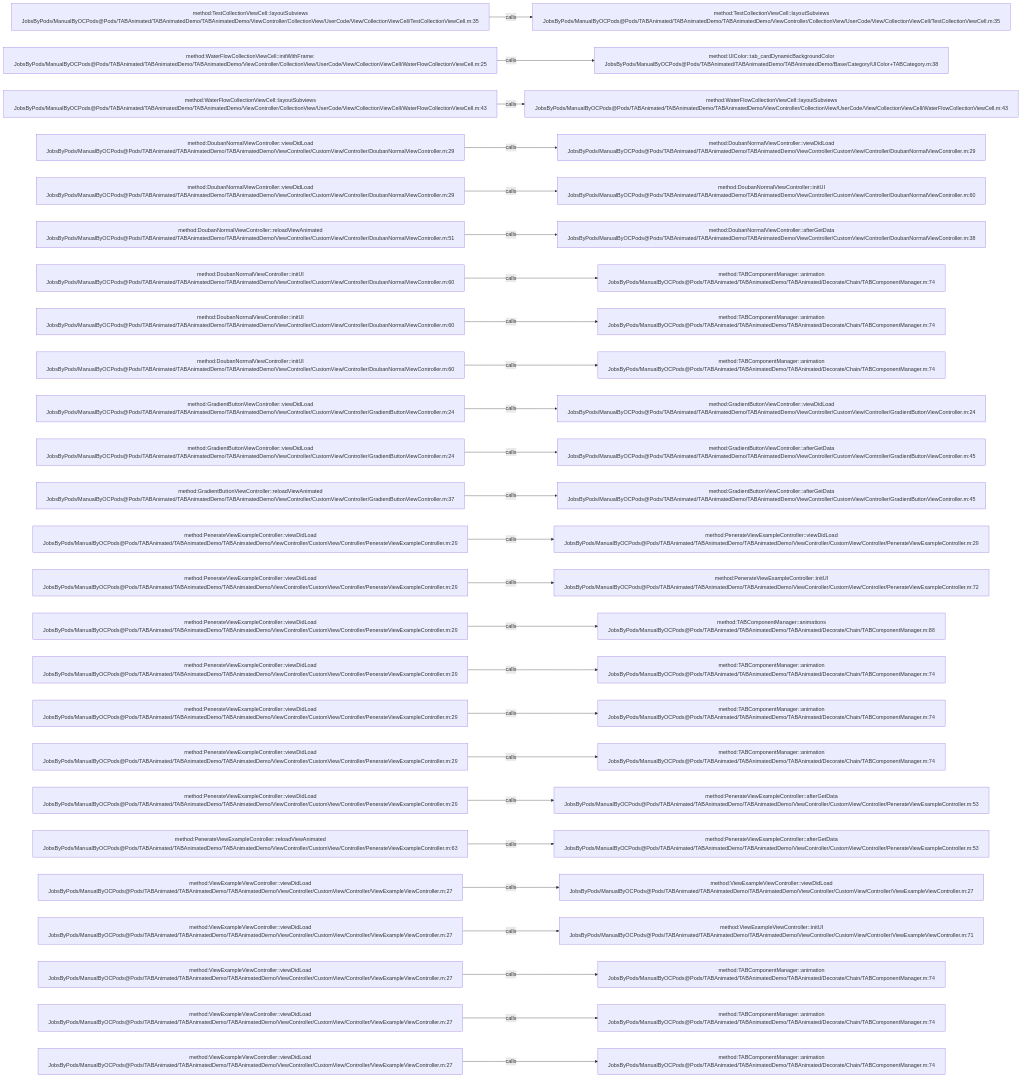
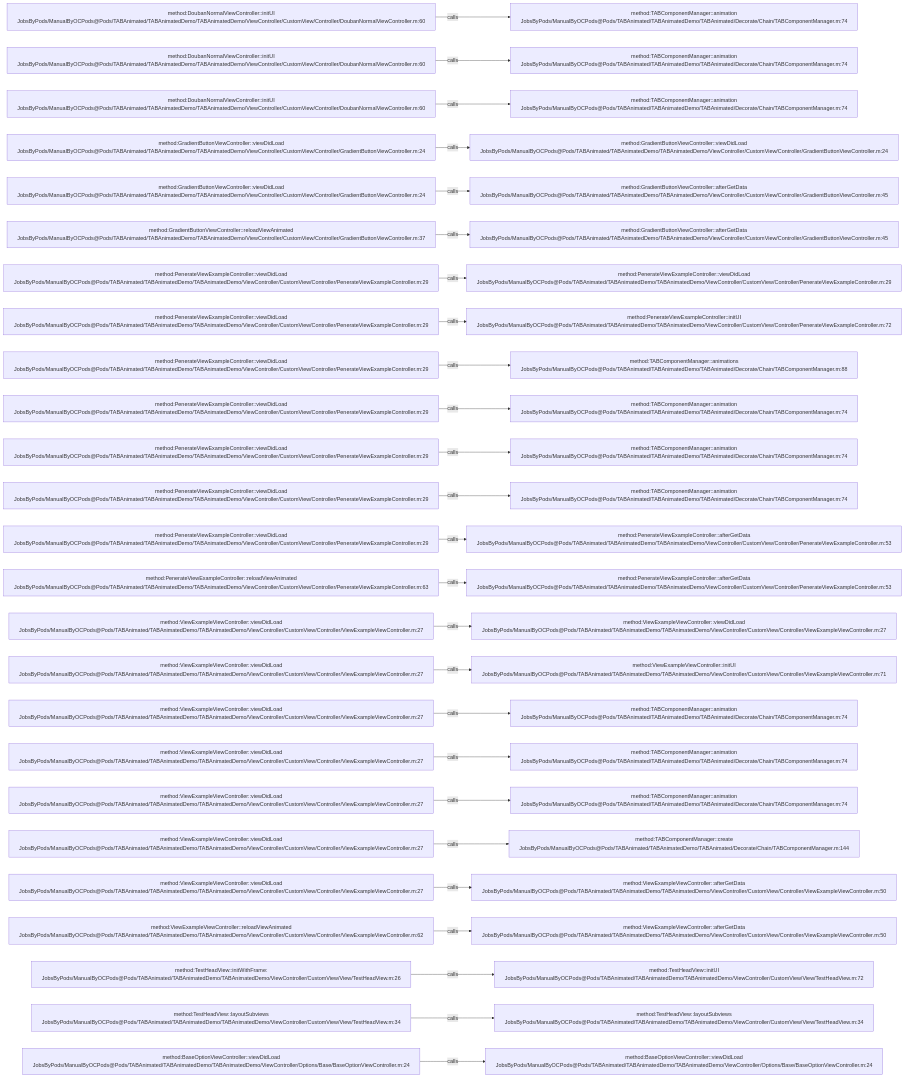
Before and after one commit to JobsKits/JobsOCBaseConfigDemo: the diagram in .codegraph/codegraph.md/graphs/calls-046.md, drawn with Mermaid. The commit also changed 666 other files, not shown here.

````diff
--- a/.codegraph/codegraph.md/graphs/calls-046.md
+++ b/.codegraph/codegraph.md/graphs/calls-046.md
@@ -13,78 +13,78 @@
 ```mermaid
 flowchart LR
-  S1["method:TestCollectionViewCell::layoutSubviews<br/>JobsByPods/ManualByOCPods@Pods/TABAnimated/TABAnimatedDemo/TABAnimatedDemo/ViewController/CollectionView/UserCode/View/CollectionViewCell/TestCollectionViewCell.m:35"]
-  T1["method:TestCollectionViewCell::layoutSubviews<br/>JobsByPods/ManualByOCPods@Pods/TABAnimated/TABAnimatedDemo/TABAnimatedDemo/ViewController/CollectionView/UserCode/View/CollectionViewCell/TestCollectionViewCell.m:35"]
+  S1["method:DoubanNormalViewController::initUI<br/>JobsByPods/ManualByOCPods@Pods/TABAnimated/TABAnimatedDemo/TABAnimatedDemo/ViewController/CustomView/Controller/DoubanNormalViewController.m:60"]
+  T1["method:TABComponentManager::animation<br/>JobsByPods/ManualByOCPods@Pods/TABAnimated/TABAnimatedDemo/TABAnimated/Decorate/Chain/TABComponentManager.m:74"]
   S1 -->|calls| T1
-  S2["method:WaterFlowCollectionViewCell::initWithFrame:<br/>JobsByPods/ManualByOCPods@Pods/TABAnimated/TABAnimatedDemo/TABAnimatedDemo/ViewController/CollectionView/UserCode/View/CollectionViewCell/WaterFlowCollectionViewCell.m:25"]
-  T2["method:UIColor::tab_cardDynamicBackgroundColor<br/>JobsByPods/ManualByOCPods@Pods/TABAnimated/TABAnimatedDemo/TABAnimatedDemo/Base/Category/UIColor+TABCategory.m:38"]
+  S2["method:DoubanNormalViewController::initUI<br/>JobsByPods/ManualByOCPods@Pods/TABAnimated/TABAnimatedDemo/TABAnimatedDemo/ViewController/CustomView/Controller/DoubanNormalViewController.m:60"]
+  T2["method:TABComponentManager::animation<br/>JobsByPods/ManualByOCPods@Pods/TABAnimated/TABAnimatedDemo/TABAnimated/Decorate/Chain/TABComponentManager.m:74"]
   S2 -->|calls| T2
-  S3["method:WaterFlowCollectionViewCell::layoutSubviews<br/>JobsByPods/ManualByOCPods@Pods/TABAnimated/TABAnimatedDemo/TABAnimatedDemo/ViewController/CollectionView/UserCode/View/CollectionViewCell/WaterFlowCollectionViewCell.m:43"]
-  T3["method:WaterFlowCollectionViewCell::layoutSubviews<br/>JobsByPods/ManualByOCPods@Pods/TABAnimated/TABAnimatedDemo/TABAnimatedDemo/ViewController/CollectionView/UserCode/View/CollectionViewCell/WaterFlowCollectionViewCell.m:43"]
+  S3["method:DoubanNormalViewController::initUI<br/>JobsByPods/ManualByOCPods@Pods/TABAnimated/TABAnimatedDemo/TABAnimatedDemo/ViewController/CustomView/Controller/DoubanNormalViewController.m:60"]
+  T3["method:TABComponentManager::animation<br/>JobsByPods/ManualByOCPods@Pods/TABAnimated/TABAnimatedDemo/TABAnimated/Decorate/Chain/TABComponentManager.m:74"]
   S3 -->|calls| T3
-  S4["method:DoubanNormalViewController::viewDidLoad<br/>JobsByPods/ManualByOCPods@Pods/TABAnimated/TABAnimatedDemo/TABAnimatedDemo/ViewController/CustomView/Controller/DoubanNormalViewController.m:29"]
-  T4["method:DoubanNormalViewController::viewDidLoad<br/>JobsByPods/ManualByOCPods@Pods/TABAnimated/TABAnimatedDemo/TABAnimatedDemo/ViewController/CustomView/Controller/DoubanNormalViewController.m:29"]
+  S4["method:GradientButtonViewController::viewDidLoad<br/>JobsByPods/ManualByOCPods@Pods/TABAnimated/TABAnimatedDemo/TABAnimatedDemo/ViewController/CustomView/Controller/GradientButtonViewController.m:24"]
+  T4["method:GradientButtonViewController::viewDidLoad<br/>JobsByPods/ManualByOCPods@Pods/TABAnimated/TABAnimatedDemo/TABAnimatedDemo/ViewController/CustomView/Controller/GradientButtonViewController.m:24"]
   S4 -->|calls| T4
-  S5["method:DoubanNormalViewController::viewDidLoad<br/>JobsByPods/ManualByOCPods@Pods/TABAnimated/TABAnimatedDemo/TABAnimatedDemo/ViewController/CustomView/Controller/DoubanNormalViewController.m:29"]
-  T5["method:DoubanNormalViewController::initUI<br/>JobsByPods/ManualByOCPods@Pods/TABAnimated/TABAnimatedDemo/TABAnimatedDemo/ViewController/CustomView/Controller/DoubanNormalViewController.m:60"]
+  S5["method:GradientButtonViewController::viewDidLoad<br/>JobsByPods/ManualByOCPods@Pods/TABAnimated/TABAnimatedDemo/TABAnimatedDemo/ViewController/CustomView/Controller/GradientButtonViewController.m:24"]
+  T5["method:GradientButtonViewController::afterGetData<br/>JobsByPods/ManualByOCPods@Pods/TABAnimated/TABAnimatedDemo/TABAnimatedDemo/ViewController/CustomView/Controller/GradientButtonViewController.m:45"]
   S5 -->|calls| T5
-  S6["method:DoubanNormalViewController::reloadViewAnimated<br/>JobsByPods/ManualByOCPods@Pods/TABAnimated/TABAnimatedDemo/TABAnimatedDemo/ViewController/CustomView/Controller/DoubanNormalViewController.m:51"]
-  T6["method:DoubanNormalViewController::afterGetData<br/>JobsByPods/ManualByOCPods@Pods/TABAnimated/TABAnimatedDemo/TABAnimatedDemo/ViewController/CustomView/Controller/DoubanNormalViewController.m:38"]
+  S6["method:GradientButtonViewController::reloadViewAnimated<br/>JobsByPods/ManualByOCPods@Pods/TABAnimated/TABAnimatedDemo/TABAnimatedDemo/ViewController/CustomView/Controller/GradientButtonViewController.m:37"]
+  T6["method:GradientButtonViewController::afterGetData<br/>JobsByPods/ManualByOCPods@Pods/TABAnimated/TABAnimatedDemo/TABAnimatedDemo/ViewController/CustomView/Controller/GradientButtonViewController.m:45"]
   S6 -->|calls| T6
-  S7["method:DoubanNormalViewController::initUI<br/>JobsByPods/ManualByOCPods@Pods/TABAnimated/TABAnimatedDemo/TABAnimatedDemo/ViewController/CustomView/Controller/DoubanNormalViewController.m:60"]
-  T7["method:TABComponentManager::animation<br/>JobsByPods/ManualByOCPods@Pods/TABAnimated/TABAnimatedDemo/TABAnimated/Decorate/Chain/TABComponentManager.m:74"]
+  S7["method:PenerateViewExampleController::viewDidLoad<br/>JobsByPods/ManualByOCPods@Pods/TABAnimated/TABAnimatedDemo/TABAnimatedDemo/ViewController/CustomView/Controller/PenerateViewExampleController.m:29"]
+  T7["method:PenerateViewExampleController::viewDidLoad<br/>JobsByPods/ManualByOCPods@Pods/TABAnimated/TABAnimatedDemo/TABAnimatedDemo/ViewController/CustomView/Controller/PenerateViewExampleController.m:29"]
   S7 -->|calls| T7
-  S8["method:DoubanNormalViewController::initUI<br/>JobsByPods/ManualByOCPods@Pods/TABAnimated/TABAnimatedDemo/TABAnimatedDemo/ViewController/CustomView/Controller/DoubanNormalViewController.m:60"]
-  T8["method:TABComponentManager::animation<br/>JobsByPods/ManualByOCPods@Pods/TABAnimated/TABAnimatedDemo/TABAnimated/Decorate/Chain/TABComponentManager.m:74"]
+  S8["method:PenerateViewExampleController::viewDidLoad<br/>JobsByPods/ManualByOCPods@Pods/TABAnimated/TABAnimatedDemo/TABAnimatedDemo/ViewController/CustomView/Controller/PenerateViewExampleController.m:29"]
+  T8["method:PenerateViewExampleController::initUI<br/>JobsByPods/ManualByOCPods@Pods/TABAnimated/TABAnimatedDemo/TABAnimatedDemo/ViewController/CustomView/Controller/PenerateViewExampleController.m:72"]
   S8 -->|calls| T8
-  S9["method:DoubanNormalViewController::initUI<br/>JobsByPods/ManualByOCPods@Pods/TABAnimated/TABAnimatedDemo/TABAnimatedDemo/ViewController/CustomView/Controller/DoubanNormalViewController.m:60"]
-  T9["method:TABComponentManager::animation<br/>JobsByPods/ManualByOCPods@Pods/TABAnimated/TABAnimatedDemo/TABAnimated/Decorate/Chain/TABComponentManager.m:74"]
+  S9["method:PenerateViewExampleController::viewDidLoad<br/>JobsByPods/ManualByOCPods@Pods/TABAnimated/TABAnimatedDemo/TABAnimatedDemo/ViewController/CustomView/Controller/PenerateViewExampleController.m:29"]
+  T9["method:TABComponentManager::animations<br/>JobsByPods/ManualByOCPods@Pods/TABAnimated/TABAnimatedDemo/TABAnimated/Decorate/Chain/TABComponentManager.m:88"]
   S9 -->|calls| T9
-  S10["method:GradientButtonViewController::viewDidLoad<br/>JobsByPods/ManualByOCPods@Pods/TABAnimated/TABAnimatedDemo/TABAnimatedDemo/ViewController/CustomView/Controller/GradientButtonViewController.m:24"]
-  T10["method:GradientButtonViewController::viewDidLoad<br/>JobsByPods/ManualByOCPods@Pods/TABAnimated/TABAnimatedDemo/TABAnimatedDemo/ViewController/CustomView/Controller/GradientButtonViewController.m:24"]
+  S10["method:PenerateViewExampleController::viewDidLoad<br/>JobsByPods/ManualByOCPods@Pods/TABAnimated/TABAnimatedDemo/TABAnimatedDemo/ViewController/CustomView/Controller/PenerateViewExampleController.m:29"]
+  T10["method:TABComponentManager::animation<br/>JobsByPods/ManualByOCPods@Pods/TABAnimated/TABAnimatedDemo/TABAnimated/Decorate/Chain/TABComponentManager.m:74"]
   S10 -->|calls| T10
-  S11["method:GradientButtonViewController::viewDidLoad<br/>JobsByPods/ManualByOCPods@Pods/TABAnimated/TABAnimatedDemo/TABAnimatedDemo/ViewController/CustomView/Controller/GradientButtonViewController.m:24"]
-  T11["method:GradientButtonViewController::afterGetData<br/>JobsByPods/ManualByOCPods@Pods/TABAnimated/TABAnimatedDemo/TABAnimatedDemo/ViewController/CustomView/Controller/GradientButtonViewController.m:45"]
+  S11["method:PenerateViewExampleController::viewDidLoad<br/>JobsByPods/ManualByOCPods@Pods/TABAnimated/TABAnimatedDemo/TABAnimatedDemo/ViewController/CustomView/Controller/PenerateViewExampleController.m:29"]
+  T11["method:TABComponentManager::animation<br/>JobsByPods/ManualByOCPods@Pods/TABAnimated/TABAnimatedDemo/TABAnimated/Decorate/Chain/TABComponentManager.m:74"]
   S11 -->|calls| T11
-  S12["method:GradientButtonViewController::reloadViewAnimated<br/>JobsByPods/ManualByOCPods@Pods/TABAnimated/TABAnimatedDemo/TABAnimatedDemo/ViewController/CustomView/Controller/GradientButtonViewController.m:37"]
-  T12["method:GradientButtonViewController::afterGetData<br/>JobsByPods/ManualByOCPods@Pods/TABAnimated/TABAnimatedDemo/TABAnimatedDemo/ViewController/CustomView/Controller/GradientButtonViewController.m:45"]
+  S12["method:PenerateViewExampleController::viewDidLoad<br/>JobsByPods/ManualByOCPods@Pods/TABAnimated/TABAnimatedDemo/TABAnimatedDemo/ViewController/CustomView/Controller/PenerateViewExampleController.m:29"]
+  T12["method:TABComponentManager::animation<br/>JobsByPods/ManualByOCPods@Pods/TABAnimated/TABAnimatedDemo/TABAnimated/Decorate/Chain/TABComponentManager.m:74"]
   S12 -->|calls| T12
   S13["method:PenerateViewExampleController::viewDidLoad<br/>JobsByPods/ManualByOCPods@Pods/TABAnimated/TABAnimatedDemo/TABAnimatedDemo/ViewController/CustomView/Controller/PenerateViewExampleController.m:29"]
-  T13["method:PenerateViewExampleController::viewDidLoad<br/>JobsByPods/ManualByOCPods@Pods/TABAnimated/TABAnimatedDemo/TABAnimatedDemo/ViewController/CustomView/Controller/PenerateViewExampleController.m:29"]
+  T13["method:PenerateViewExampleController::afterGetData<br/>JobsByPods/ManualByOCPods@Pods/TABAnimated/TABAnimatedDemo/TABAnimatedDemo/ViewController/CustomView/Controller/PenerateViewExampleController.m:53"]
   S13 -->|calls| T13
-  S14["method:PenerateViewExampleController::viewDidLoad<br/>JobsByPods/ManualByOCPods@Pods/TABAnimated/TABAnimatedDemo/TABAnimatedDemo/ViewController/CustomView/Controller/PenerateViewExampleController.m:29"]
-  T14["method:PenerateViewExampleController::initUI<br/>JobsByPods/ManualByOCPods@Pods/TABAnimated/TABAnimatedDemo/TABAnimatedDemo/ViewController/CustomView/Controller/PenerateViewExampleController.m:72"]
+  S14["method:PenerateViewExampleController::reloadViewAnimated<br/>JobsByPods/ManualByOCPods@Pods/TABAnimated/TABAnimatedDemo/TABAnimatedDemo/ViewController/CustomView/Controller/PenerateViewExampleController.m:63"]
+  T14["method:PenerateViewExampleController::afterGetData<br/>JobsByPods/ManualByOCPods@Pods/TABAnimated/TABAnimatedDemo/TABAnimatedDemo/ViewController/CustomView/Controller/PenerateViewExampleController.m:53"]
   S14 -->|calls| T14
-  S15["method:PenerateViewExampleController::viewDidLoad<br/>JobsByPods/ManualByOCPods@Pods/TABAnimated/TABAnimatedDemo/TABAnimatedDemo/ViewController/CustomView/Controller/PenerateViewExampleController.m:29"]
-  T15["method:TABComponentManager::animations<br/>JobsByPods/ManualByOCPods@Pods/TABAnimated/TABAnimatedDemo/TABAnimated/Decorate/Chain/TABComponentManager.m:88"]
+  S15["method:ViewExampleViewController::viewDidLoad<br/>JobsByPods/ManualByOCPods@Pods/TABAnimated/TABAnimatedDemo/TABAnimatedDemo/ViewController/CustomView/Controller/ViewExampleViewController.m:27"]
+  T15["method:ViewExampleViewController::viewDidLoad<br/>JobsByPods/ManualByOCPods@Pods/TABAnimated/TABAnimatedDemo/TABAnimatedDemo/ViewController/CustomView/Controller/ViewExampleViewController.m:27"]
   S15 -->|calls| T15
-  S16["method:PenerateViewExampleController::viewDidLoad<br/>JobsByPods/ManualByOCPods@Pods/TABAnimated/TABAnimatedDemo/TABAnimatedDemo/ViewController/CustomView/Controller/PenerateViewExampleController.m:29"]
-  T16["method:TABComponentManager::animation<br/>JobsByPods/ManualByOCPods@Pods/TABAnimated/TABAnimatedDemo/TABAnimated/Decorate/Chain/TABComponentManager.m:74"]
+  S16["method:ViewExampleViewController::viewDidLoad<br/>JobsByPods/ManualByOCPods@Pods/TABAnimated/TABAnimatedDemo/TABAnimatedDemo/ViewController/CustomView/Controller/ViewExampleViewController.m:27"]
+  T16["method:ViewExampleViewController::initUI<br/>JobsByPods/ManualByOCPods@Pods/TABAnimated/TABAnimatedDemo/TABAnimatedDemo/ViewController/CustomView/Controller/ViewExampleViewController.m:71"]
   S16 -->|calls| T16
-  S17["method:PenerateViewExampleController::viewDidLoad<br/>JobsByPods/ManualByOCPods@Pods/TABAnimated/TABAnimatedDemo/TABAnimatedDemo/ViewController/CustomView/Controller/PenerateViewExampleController.m:29"]
+  S17["method:ViewExampleViewController::viewDidLoad<br/>JobsByPods/ManualByOCPods@Pods/TABAnimated/TABAnimatedDemo/TABAnimatedDemo/ViewController/CustomView/Controller/ViewExampleViewController.m:27"]
   T17["method:TABComponentManager::animation<br/>JobsByPods/ManualByOCPods@Pods/TABAnimated/TABAnimatedDemo/TABAnimated/Decorate/Chain/TABComponentManager.m:74"]
   S17 -->|calls| T17
-  S18["method:PenerateViewExampleController::viewDidLoad<br/>JobsByPods/ManualByOCPods@Pods/TABAnimated/TABAnimatedDemo/TABAnimatedDemo/ViewController/CustomView/Controller/PenerateViewExampleController.m:29"]
+  S18["method:ViewExampleViewController::viewDidLoad<br/>JobsByPods/ManualByOCPods@Pods/TABAnimated/TABAnimatedDemo/TABAnimatedDemo/ViewController/CustomView/Controller/ViewExampleViewController.m:27"]
   T18["method:TABComponentManager::animation<br/>JobsByPods/ManualByOCPods@Pods/TABAnimated/TABAnimatedDemo/TABAnimated/Decorate/Chain/TABComponentManager.m:74"]
   S18 -->|calls| T18
-  S19["method:PenerateViewExampleController::viewDidLoad<br/>JobsByPods/ManualByOCPods@Pods/TABAnimated/TABAnimatedDemo/TABAnimatedDemo/ViewController/CustomView/Controller/PenerateViewExampleController.m:29"]
-  T19["method:PenerateViewExampleController::afterGetData<br/>JobsByPods/ManualByOCPods@Pods/TABAnimated/TABAnimatedDemo/TABAnimatedDemo/ViewController/CustomView/Controller/PenerateViewExampleController.m:53"]
+  S19["method:ViewExampleViewController::viewDidLoad<br/>JobsByPods/ManualByOCPods@Pods/TABAnimated/TABAnimatedDemo/TABAnimatedDemo/ViewController/CustomView/Controller/ViewExampleViewController.m:27"]
+  T19["method:TABComponentManager::animation<br/>JobsByPods/ManualByOCPods@Pods/TABAnimated/TABAnimatedDemo/TABAnimated/Decorate/Chain/TABComponentManager.m:74"]
   S19 -->|calls| T19
-  S20["method:PenerateViewExampleController::reloadViewAnimated<br/>JobsByPods/ManualByOCPods@Pods/TABAnimated/TABAnimatedDemo/TABAnimatedDemo/ViewController/CustomView/Controller/PenerateViewExampleController.m:63"]
-  T20["method:PenerateViewExampleController::afterGetData<br/>JobsByPods/ManualByOCPods@Pods/TABAnimated/TABAnimatedDemo/TABAnimatedDemo/ViewController/CustomView/Controller/PenerateViewExampleController.m:53"]
+  S20["method:ViewExampleViewController::viewDidLoad<br/>JobsByPods/ManualByOCPods@Pods/TABAnimated/TABAnimatedDemo/TABAnimatedDemo/ViewController/CustomView/Controller/ViewExampleViewController.m:27"]
+  T20["method:TABComponentManager::create<br/>JobsByPods/ManualByOCPods@Pods/TABAnimated/TABAnimatedDemo/TABAnimated/Decorate/Chain/TABComponentManager.m:144"]
   S20 -->|calls| T20
   S21["method:ViewExampleViewController::viewDidLoad<br/>JobsByPods/ManualByOCPods@Pods/TABAnimated/TABAnimatedDemo/TABAnimatedDemo/ViewController/CustomView/Controller/ViewExampleViewController.m:27"]
-  T21["method:ViewExampleViewController::viewDidLoad<br/>JobsByPods/ManualByOCPods@Pods/TABAnimated/TABAnimatedDemo/TABAnimatedDemo/ViewController/CustomView/Controller/ViewExampleViewController.m:27"]
+  T21["method:ViewExampleViewController::afterGetData<br/>JobsByPods/ManualByOCPods@Pods/TABAnimated/TABAnimatedDemo/TABAnimatedDemo/ViewController/CustomView/Controller/ViewExampleViewController.m:50"]
   S21 -->|calls| T21
-  S22["method:ViewExampleViewController::viewDidLoad<br/>JobsByPods/ManualByOCPods@Pods/TABAnimated/TABAnimatedDemo/TABAnimatedDemo/ViewController/CustomView/Controller/ViewExampleViewController.m:27"]
-  T22["method:ViewExampleViewController::initUI<br/>JobsByPods/ManualByOCPods@Pods/TABAnimated/TABAnimatedDemo/TABAnimatedDemo/ViewController/CustomView/Controller/ViewExampleViewController.m:71"]
+  S22["method:ViewExampleViewController::reloadViewAnimated<br/>JobsByPods/ManualByOCPods@Pods/TABAnimated/TABAnimatedDemo/TABAnimatedDemo/ViewController/CustomView/Controller/ViewExampleViewController.m:62"]
+  T22["method:ViewExampleViewController::afterGetData<br/>JobsByPods/ManualByOCPods@Pods/TABAnimated/TABAnimatedDemo/TABAnimatedDemo/ViewController/CustomView/Controller/ViewExampleViewController.m:50"]
   S22 -->|calls| T22
-  S23["method:ViewExampleViewController::viewDidLoad<br/>JobsByPods/ManualByOCPods@Pods/TABAnimated/TABAnimatedDemo/TABAnimatedDemo/ViewController/CustomView/Controller/ViewExampleViewController.m:27"]
-  T23["method:TABComponentManager::animation<br/>JobsByPods/ManualByOCPods@Pods/TABAnimated/TABAnimatedDemo/TABAnimated/Decorate/Chain/TABComponentManager.m:74"]
+  S23["method:TestHeadView::initWithFrame:<br/>JobsByPods/ManualByOCPods@Pods/TABAnimated/TABAnimatedDemo/TABAnimatedDemo/ViewController/CustomView/View/TestHeadView.m:26"]
+  T23["method:TestHeadView::initUI<br/>JobsByPods/ManualByOCPods@Pods/TABAnimated/TABAnimatedDemo/TABAnimatedDemo/ViewController/CustomView/View/TestHeadView.m:72"]
   S23 -->|calls| T23
-  S24["method:ViewExampleViewController::viewDidLoad<br/>JobsByPods/ManualByOCPods@Pods/TABAnimated/TABAnimatedDemo/TABAnimatedDemo/ViewController/CustomView/Controller/ViewExampleViewController.m:27"]
-  T24["method:TABComponentManager::animation<br/>JobsByPods/ManualByOCPods@Pods/TABAnimated/TABAnimatedDemo/TABAnimated/Decorate/Chain/TABComponentManager.m:74"]
+  S24["method:TestHeadView::layoutSubviews<br/>JobsByPods/ManualByOCPods@Pods/TABAnimated/TABAnimatedDemo/TABAnimatedDemo/ViewController/CustomView/View/TestHeadView.m:34"]
+  T24["method:TestHeadView::layoutSubviews<br/>JobsByPods/ManualByOCPods@Pods/TABAnimated/TABAnimatedDemo/TABAnimatedDemo/ViewController/CustomView/View/TestHeadView.m:34"]
   S24 -->|calls| T24
-  S25["method:ViewExampleViewController::viewDidLoad<br/>JobsByPods/ManualByOCPods@Pods/TABAnimated/TABAnimatedDemo/TABAnimatedDemo/ViewController/CustomView/Controller/ViewExampleViewController.m:27"]
-  T25["method:TABComponentManager::animation<br/>JobsByPods/ManualByOCPods@Pods/TABAnimated/TABAnimatedDemo/TABAnimated/Decorate/Chain/TABComponentManager.m:74"]
+  S25["method:BaseOptionViewController::viewDidLoad<br/>JobsByPods/ManualByOCPods@Pods/TABAnimated/TABAnimatedDemo/TABAnimatedDemo/ViewController/Options/Base/BaseOptionViewController.m:24"]
+  T25["method:BaseOptionViewController::viewDidLoad<br/>JobsByPods/ManualByOCPods@Pods/TABAnimated/TABAnimatedDemo/TABAnimatedDemo/ViewController/Options/Base/BaseOptionViewController.m:24"]
   S25 -->|calls| T25
 ```
````
